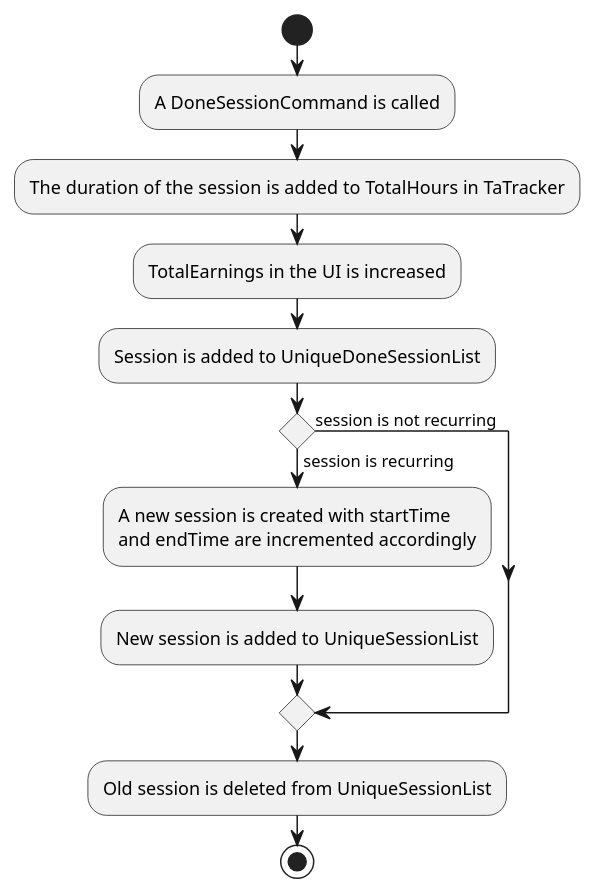
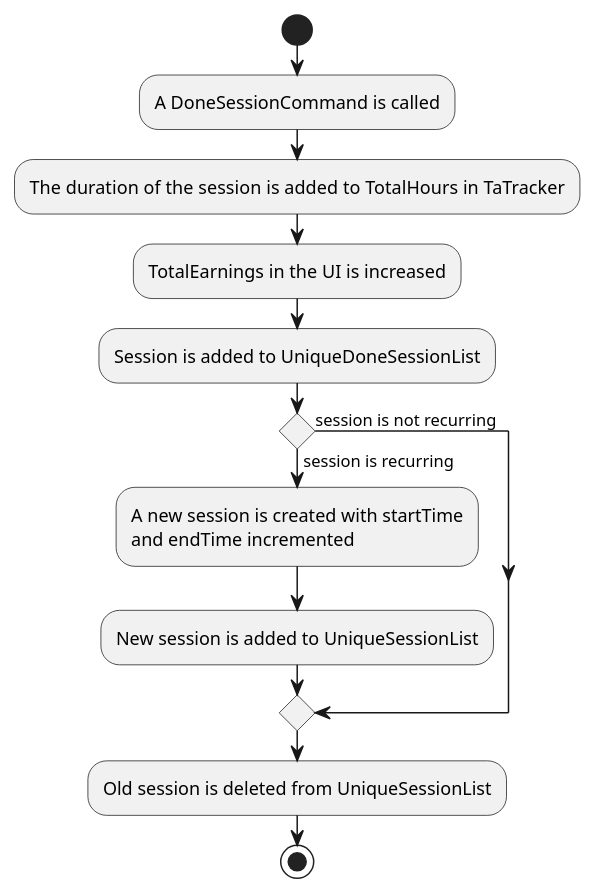
The diagram in docs/diagrams/tss-view/TssActivityDiagram.puml (nus-cs2103-AY1920S2/addressbook-level3), drawn with PlantUML before and after one commit.

Commit message:
Update diagrams

```diff
--- a/docs/diagrams/tss-view/TssActivityDiagram.puml
+++ b/docs/diagrams/tss-view/TssActivityDiagram.puml
@@ -1,19 +1,19 @@
 @startuml
 start
 :A DoneSessionCommand is called;
 
   :The duration of the session is added to TotalHours in TaTracker;
   :TotalEarnings in the UI is increased;
   :Session is added to UniqueDoneSessionList;
 
   if () then (session is recurring)
     :A new session is created with startTime
-    and endTime are incremented accordingly;
+    and endTime incremented;
     :New session is added to UniqueSessionList;
 
     else (session is not recurring)
 endif
     :Old session is deleted from UniqueSessionList;
 
     stop
 @enduml
```
